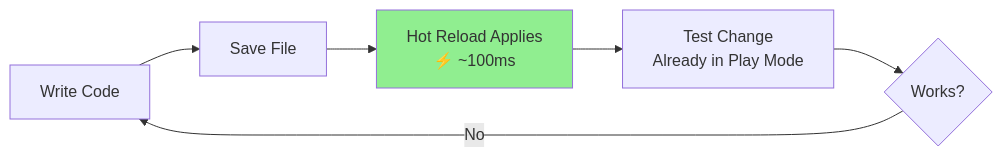
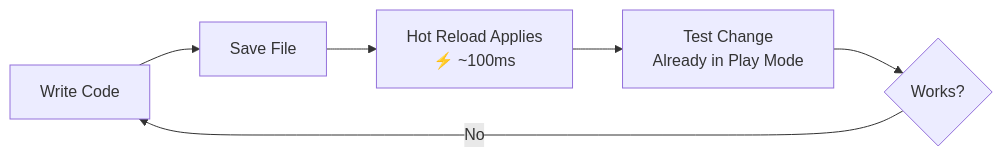
One commit to wallstop/unity-tips changed the second of 2 diagrams in docs/hot-reload/README.md. Above: the diagram before and after it, drawn with Mermaid. The commit also changed other lines of this file and 27 other files, not shown here.

Commit message:
Convert ASCII diagrams to Mermaid format (#30)

````diff
--- a/docs/hot-reload/README.md
+++ b/docs/hot-reload/README.md
@@ -180,10 +177,9 @@
 ```mermaid
 graph LR
     A[Write Code] --> B[Save File]
     B --> C[Hot Reload Applies<br/>⚡ ~100ms]
     C --> D[Test Change<br/>Already in Play Mode]
     D --> E{Works?}
     E -->|No| A
 
-    style C fill:#90EE90
 ```
````
